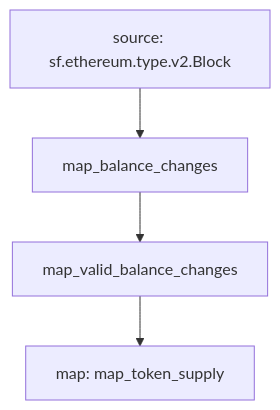
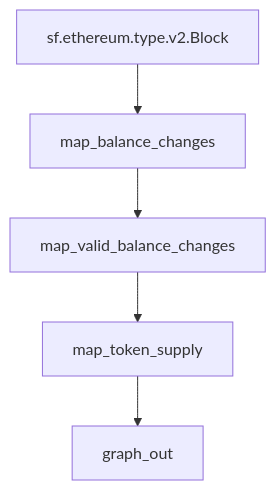
Before and after one commit to pinax-network/substreams-erc20-supply: the diagram in README.md, drawn with Mermaid. The commit also changed other lines of this file and 10 other files, not shown here.

````diff
--- a/README.md
+++ b/README.md
@@ -26,7 +26,7 @@
 ```mermaid
 graph TD;
-  sf.ethereum.type.v2.Block[source: sf.ethereum.type.v2.Block] --> map_balance_changes;
+  sf.ethereum.type.v2.Block --> map_balance_changes;
   map_balance_changes --> map_valid_balance_changes;
-  map_token_supply[map: map_token_supply];
   map_valid_balance_changes --> map_token_supply;
+  map_token_supply --> graph_out;
 ```
````
